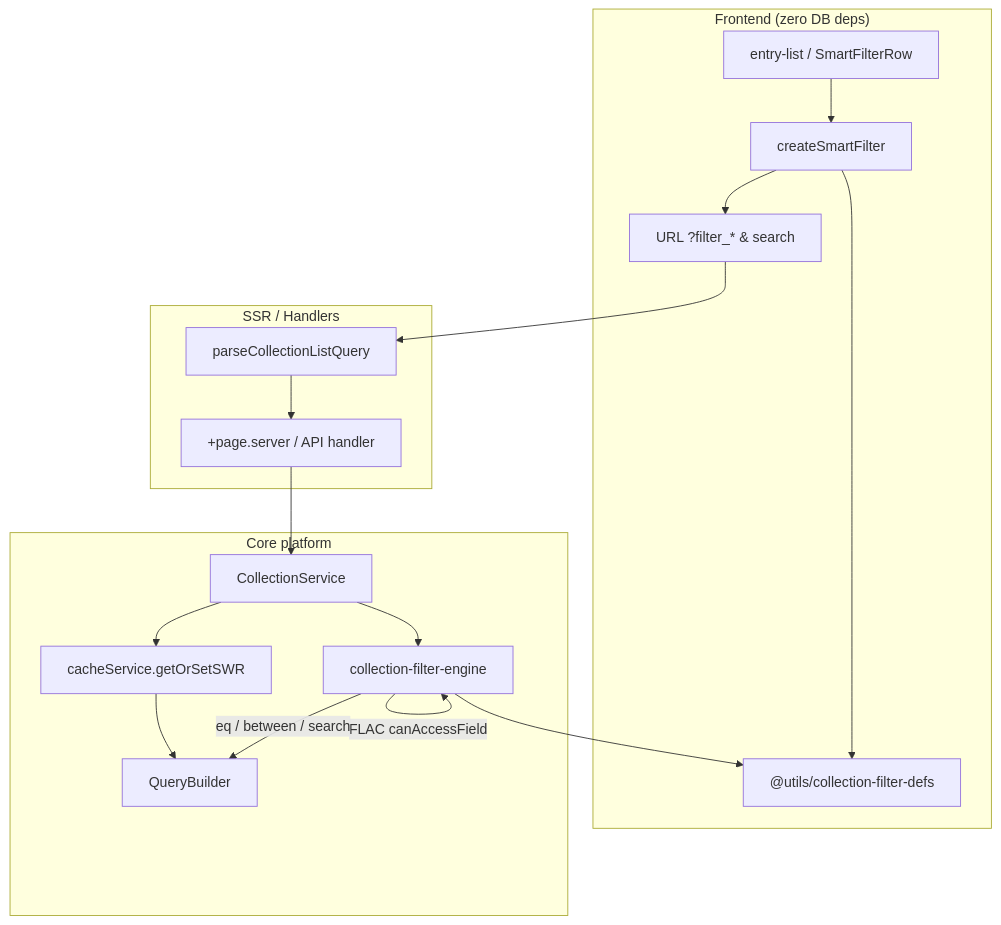
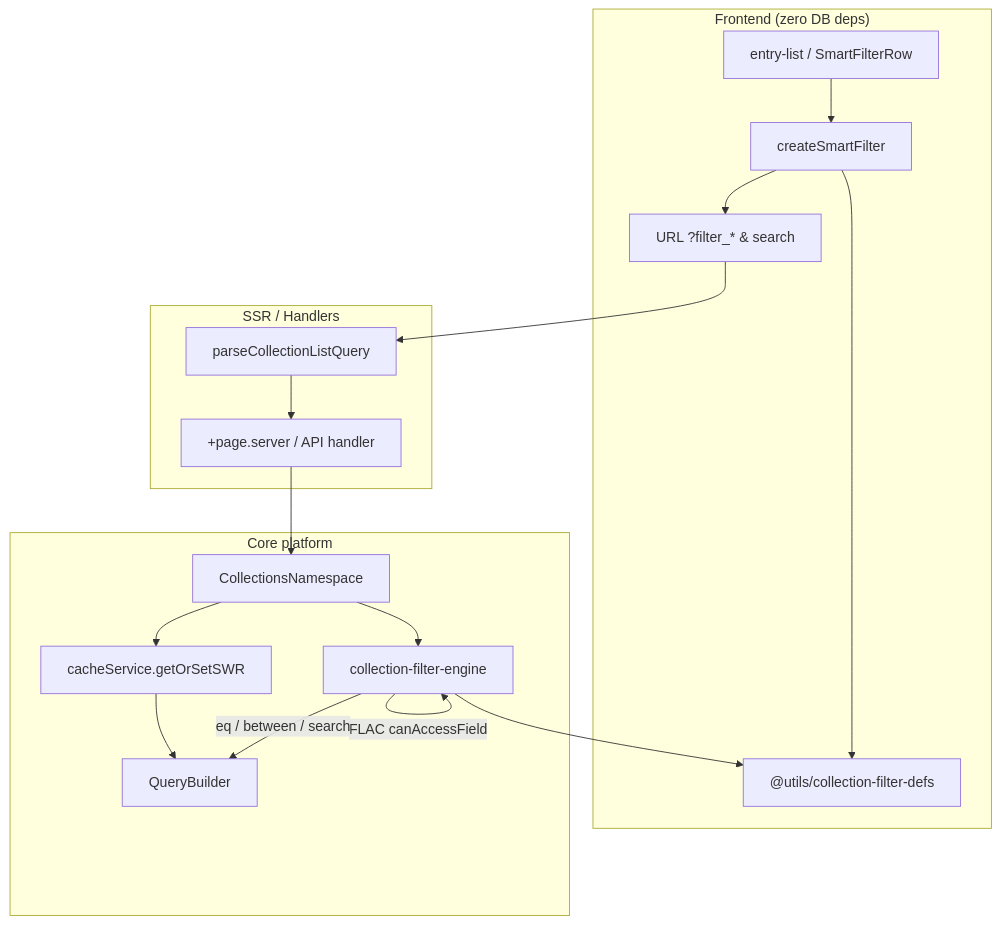
Before and after one commit to SveltyCMS/SveltyCMS: the diagram in docs/reference/architecture/collection-filtering.mdx, drawn with Mermaid. The commit also changed other lines of this file and 44 other files, not shown here.

````diff
--- a/docs/reference/architecture/collection-filtering.mdx
+++ b/docs/reference/architecture/collection-filtering.mdx
@@ -41,34 +41,34 @@
 ```mermaid
 flowchart TB
   subgraph Client["Frontend (zero DB deps)"]
     UI[entry-list / SmartFilterRow]
     SF[createSmartFilter]
     DEFS["@utils/collection-filter-defs"]
     URL["URL ?filter_* & search"]
   end
 
   subgraph SSR["SSR / Handlers"]
     PARSE["parseCollectionListQuery"]
     LOAD["+page.server / API handler"]
   end
 
   subgraph Platform["Core platform"]
     ENG["collection-filter-engine"]
-    CS[CollectionService]
+    CS[CollectionsNamespace]
     QB[QueryBuilder]
     CACHE["cacheService.getOrSetSWR"]
   end
 
   UI --> SF
   SF --> DEFS
   SF --> URL
   URL --> PARSE
   PARSE --> LOAD
   LOAD --> CS
   CS --> ENG
   ENG --> DEFS
   ENG -->|FLAC canAccessField| ENG
   ENG -->|eq / between / search| QB
   CS --> CACHE
   CACHE --> QB
 ```
````
